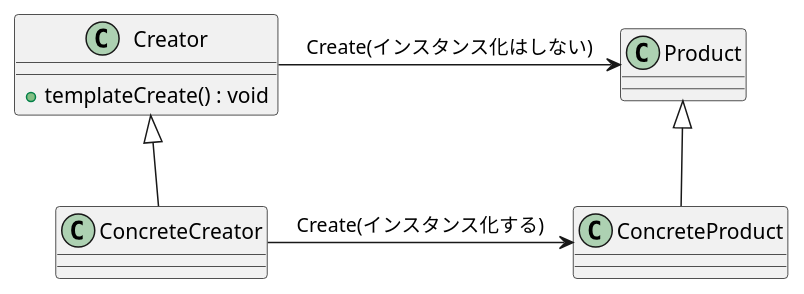
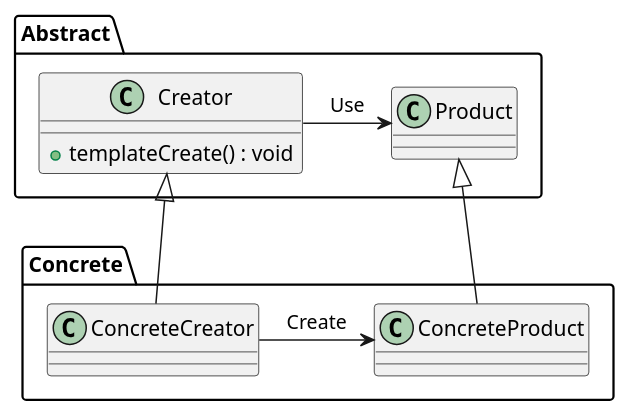
The diagram in Patterns/FactoryMethodPattern/ClassDiagram.pu (untangh/DesignPatternWithCSharp), drawn with PlantUML before and after one commit. The commit also changed 13 other files, not shown here.

```diff
--- a/Patterns/FactoryMethodPattern/ClassDiagram.pu
+++ b/Patterns/FactoryMethodPattern/ClassDiagram.pu
@@ -1,22 +1,27 @@
 @startuml
-class Creator{
-	+templateCreate() : void
+package Abstract {
+	class Creator{
+		+templateCreate() : void
+	}
+
+	class Product{
+
+	}
 }
 
-class Product{
+package Concrete {
+	class ConcreteCreator{
 
+	}
+
+	class ConcreteProduct{
+
+	}
 }
 
-class ConcreteCreator{
 
-}
-
-class ConcreteProduct{
-
-}
-
-Creator -> Product : Create(インスタンス化はしない)
+Creator -> Product : Use
 Creator <|-- ConcreteCreator
 Product <|-- ConcreteProduct
-ConcreteCreator -> ConcreteProduct : Create(インスタンス化する)
+ConcreteCreator -> ConcreteProduct : Create
 @enduml
```
